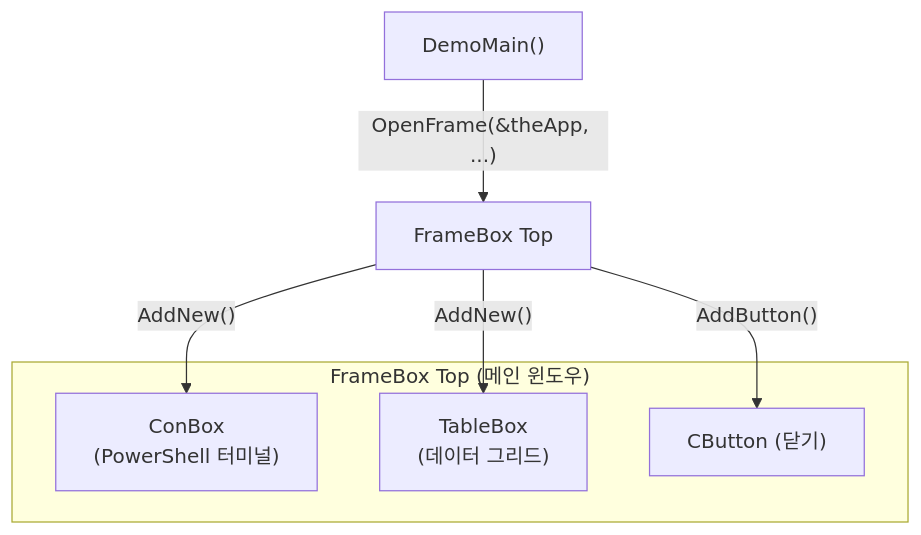
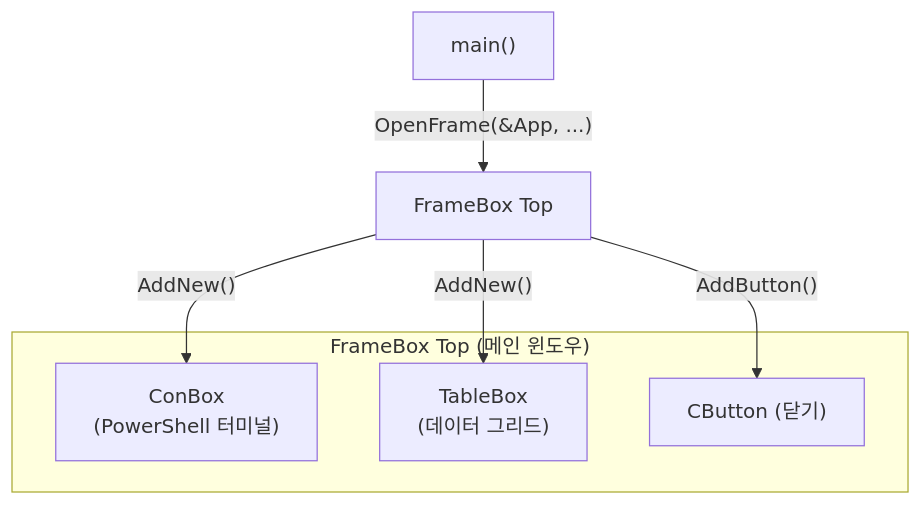
One commit to JungBai-Park/jbClass changed the tenth of 10 diagrams in Documents/jbBox Class Library 매뉴얼.md. Above: the diagram before and after it, drawn with Mermaid. The commit also changed other lines of this file and 11 other files, not shown here.

````diff
--- a/Documents/jbBox Class Library 매뉴얼.md
+++ b/Documents/jbBox Class Library 매뉴얼.md
@@ -637,12 +1464,12 @@
 ```mermaid
 graph TD
     subgraph "FrameBox Top (메인 윈도우)"
         Con["ConBox\n(PowerShell 터미널)"]
         Tbl["TableBox\n(데이터 그리드)"]
         Btn["CButton (닫기)"]
     end
-    App["DemoMain()"] -->|"OpenFrame(&theApp, ...)"| Top["FrameBox Top"]
+    App["main()"] -->|"OpenFrame(&App, ...)"| Top["FrameBox Top"]
     Top -->|"AddNew()"| Con
     Top -->|"AddNew()"| Tbl
     Top -->|"AddButton()"| Btn
 ```
````
